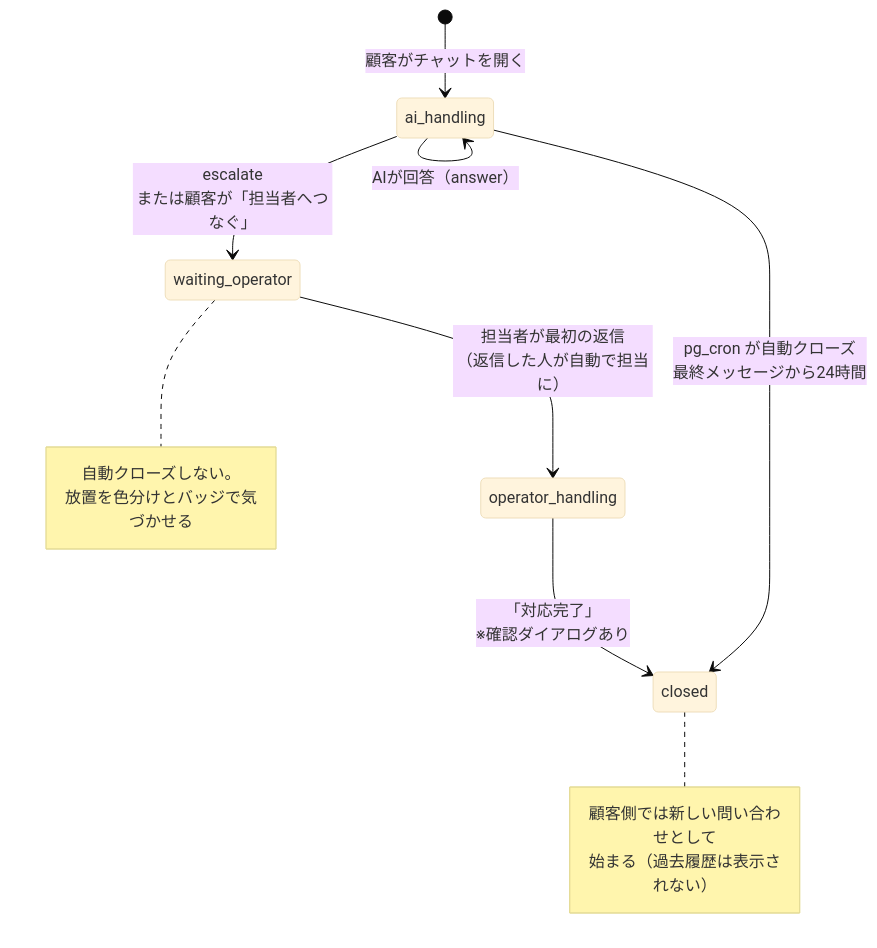
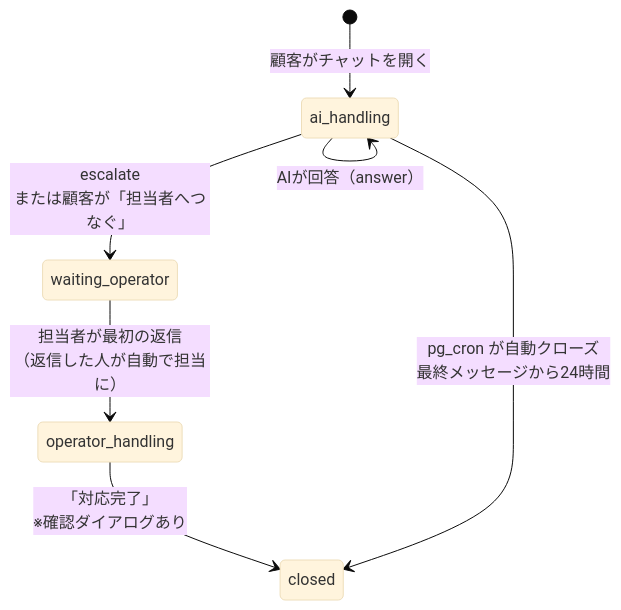
The fourth of 7 diagrams in docs/manual-developer.md (usako-ui/CS-chatbot-portfolio), drawn with Mermaid (base theme) before and after one commit. The commit also changed other lines of this file, not shown here.

First line of the commit message:
docs: 図が縦に長すぎる問題を直し、スクロール量を半分以下にする

````diff
--- a/docs/manual-developer.md
+++ b/docs/manual-developer.md
@@ -225,19 +207,9 @@
 ```mermaid
 stateDiagram-v2
     [*] --> ai_handling: 顧客がチャットを開く
     ai_handling --> ai_handling: AIが回答（answer）
     ai_handling --> waiting_operator: escalate<br/>または顧客が「担当者へつなぐ」
     waiting_operator --> operator_handling: 担当者が最初の返信<br/>（返信した人が自動で担当に）
     operator_handling --> closed: 「対応完了」<br/>※確認ダイアログあり
     ai_handling --> closed: pg_cron が自動クローズ<br/>最終メッセージから24時間
-
-    note right of waiting_operator
-      自動クローズしない。
-      放置を色分けとバッジで気づかせる
-    end note
-
-    note right of closed
-      顧客側では新しい問い合わせとして
-      始まる（過去履歴は表示されない）
-    end note
 ```
````
